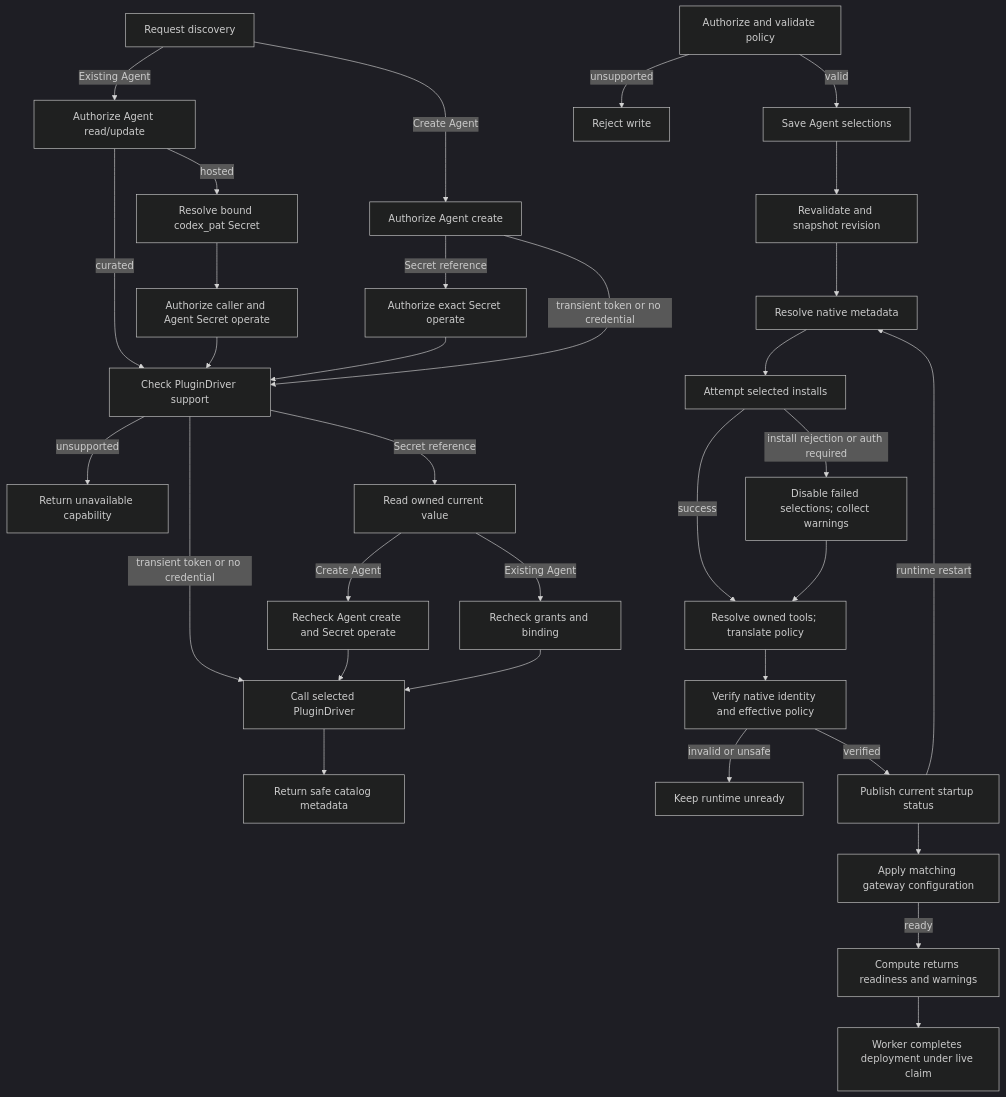
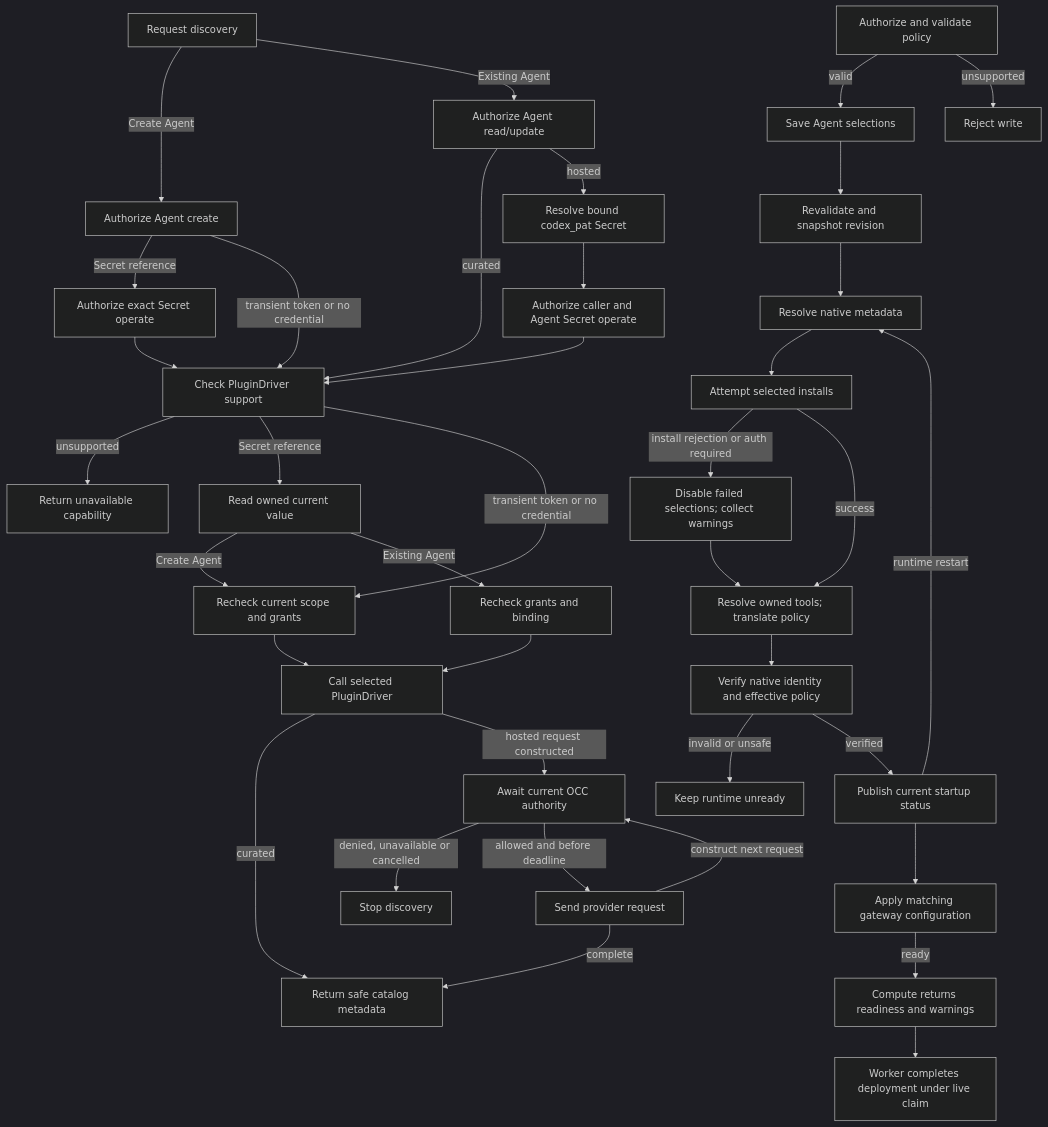
Before and after one commit to freeqaz-openai/openclaw-enterprise: the diagram in docs/flows/agent-plugins.md, drawn with Mermaid (dark theme). The commit also changed other lines of this file and 12 other files, not shown here.

Commit message:
fix: recheck plugin discovery authority before each provider request

````diff
--- a/docs/flows/agent-plugins.md
+++ b/docs/flows/agent-plugins.md
@@ -30,35 +30,40 @@
 ```mermaid
 graph TD
   D0["Request discovery"] -->|Create Agent| D1["Authorize Agent create"]
   D0 -->|Existing Agent| E0["Authorize Agent read/update"]
   E0 -->|curated| D6
   E0 -->|hosted| E1["Resolve bound codex_pat Secret"]
   E1 --> E2["Authorize caller and Agent Secret operate"]
   E2 --> D6
   D1 -->|Secret reference| D2["Authorize exact Secret operate"]
   D2 --> D6["Check PluginDriver support"]
   D1 -->|transient token or no credential| D6
   D6 -->|unsupported| D7["Return unavailable capability"]
   D6 -->|Secret reference| D3["Read owned current value"]
-  D6 -->|transient token or no credential| D4["Call selected PluginDriver"]
-  D3 -->|Create Agent| E4["Recheck Agent create and Secret operate"]
-  E4 --> D4
+  D6 -->|transient token or no credential| E4
+  D3 -->|Create Agent| E4["Recheck current scope and grants"]
+  E4 --> D4["Call selected PluginDriver"]
   D3 -->|Existing Agent| E3["Recheck grants and binding"]
   E3 --> D4
-  D4 --> D5["Return safe catalog metadata"]
+  D4 -->|curated| D5["Return safe catalog metadata"]
+  D4 -->|hosted request constructed| D8["Await current OCC authority"]
+  D8 -->|denied, unavailable or cancelled| D9["Stop discovery"]
+  D8 -->|allowed and before deadline| D10["Send provider request"]
+  D10 -->|construct next request| D8
+  D10 -->|complete| D5
   A["Authorize and validate policy"] -->|valid| S["Save Agent selections"]
   A -->|unsupported| Y["Reject write"]
   S --> B["Revalidate and snapshot revision"]
   B --> C["Resolve native metadata"]
   C --> D["Attempt selected installs"]
   D -->|install rejection or auth required| E["Disable failed selections; collect warnings"]
   D -->|success| T["Resolve owned tools; translate policy"]
   E --> T
   T --> F["Verify native identity and effective policy"]
   F -->|invalid or unsafe| X["Keep runtime unready"]
   F -->|verified| G["Publish current startup status"]
   G --> H["Apply matching gateway configuration"]
   H -->|ready| I["Compute returns readiness and warnings"]
   I --> J["Worker completes deployment under live claim"]
   G -->|runtime restart| C
 ```
````
